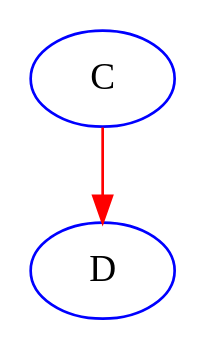
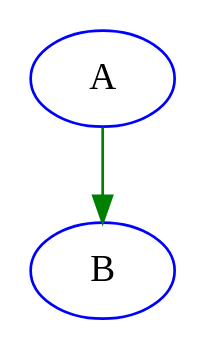
The diagram in out/clusters.out.04.001.gv (graphviz-perl/GraphViz2-Marpa-PathUtils), drawn with Graphviz before and after one commit. The commit also changed 45 other files, not shown here.

```diff
--- a/out/clusters.out.04.001.gv
+++ b/out/clusters.out.04.001.gv
@@ -1,8 +1,8 @@
 digraph graph_03
 {
 	rankdir = "TB"
 
 	node[color = "blue"]
-	C -> D[color = "red"]
+	A -> B[color = "green"]
 
 }
```
